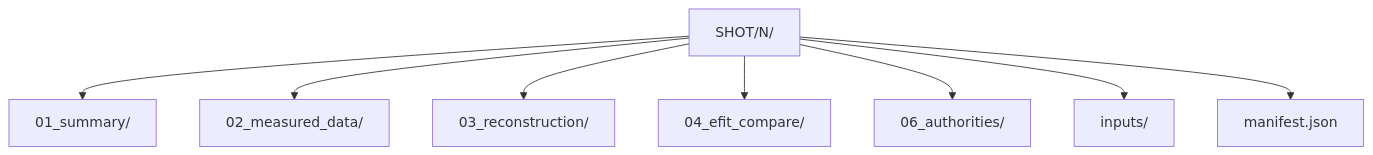
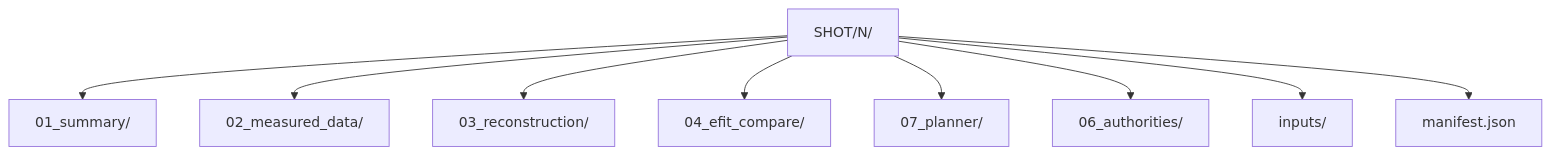
One commit to afshin-arj/Fair-MAST-to-FreeGSNKE-Conversion-tool changed the fifth of 6 diagrams in README.md. Above: the diagram before and after it, drawn with Mermaid. The commit also changed other lines of this file and 27 other files, not shown here.

````diff
--- a/README.md
+++ b/README.md
@@ -210,11 +214,12 @@
 ```mermaid
 flowchart TB
   R["SHOT/N/"]
   R --> S["01_summary/"]
   R --> M["02_measured_data/"]
   R --> C["03_reconstruction/"]
   R --> E["04_efit_compare/"]
+  R --> PL["07_planner/"]
   R --> A["06_authorities/"]
   R --> I["inputs/"]
   R --> P["manifest.json"]
 ```
````
